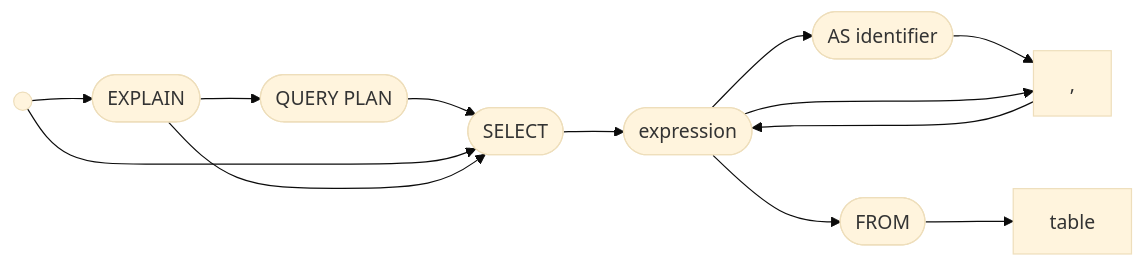
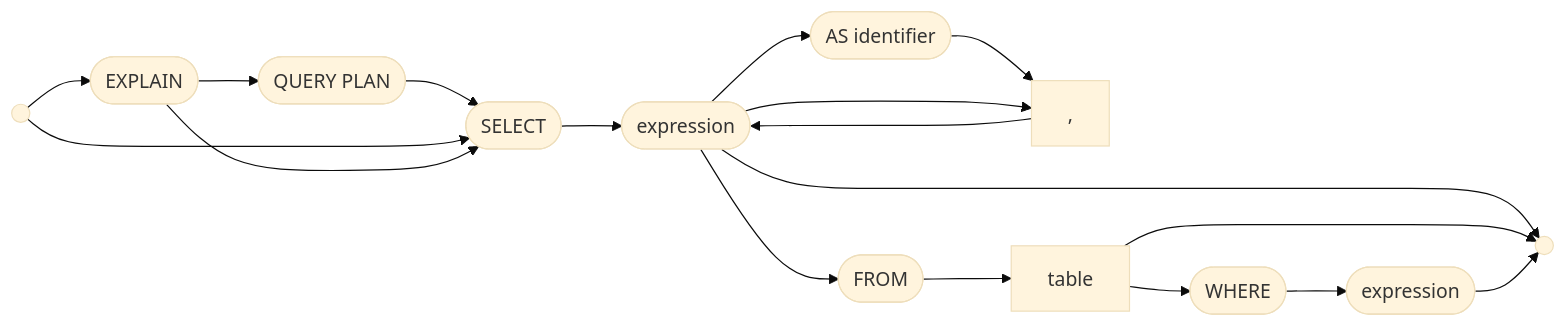
The first of 6 diagrams in README.md (chirst/cdb), drawn with Mermaid (base theme) before and after one commit. The commit also changed other lines of this file, not shown here.

````diff
--- a/README.md
+++ b/README.md
@@ -14,24 +27,32 @@
 ```mermaid
 graph LR
 begin(( ))
 explain([EXPLAIN])
 queryPlan([QUERY PLAN])
 select([SELECT])
 expression([expression])
 as([AS identifier])
 colSep[","]
 from([FROM])
+where([WHERE])
+expression2([expression])
+e(( ))
 
 begin --> explain
 explain --> queryPlan
 queryPlan --> select
 begin --> select
 explain --> select
 select --> expression
 expression --> as
 as --> colSep
 expression --> colSep
 colSep --> expression
 expression --> from
+expression --> e
 from --> table
+table --> where
+where --> expression2
+table --> e
+expression2 --> e
 ```
````
